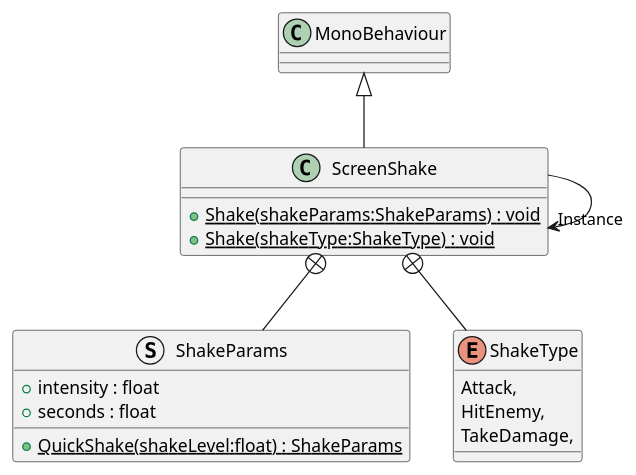
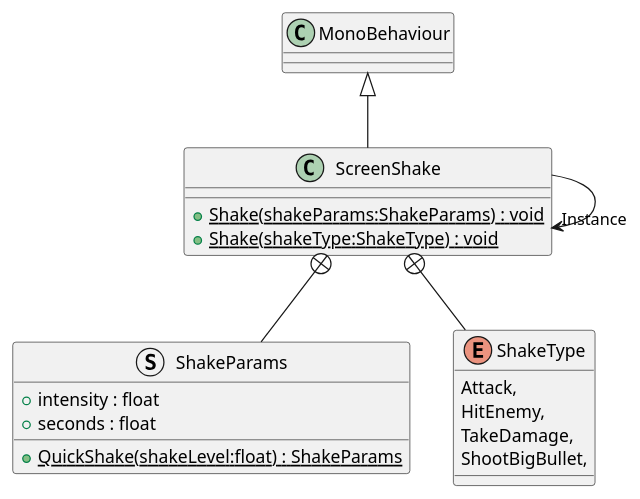
One commit to KawinM23/TakeControl changed the diagram in UML/Effect/ScreenShake.puml. Above: the diagram before and after it, drawn with PlantUML. The commit also changed 21 other files, not shown here.

Commit message:
ci: generate uml (Generate UML)

```diff
--- a/UML/Effect/ScreenShake.puml
+++ b/UML/Effect/ScreenShake.puml
@@ -1,20 +1,21 @@
 @startuml
 class ScreenShake {
     + {static} Shake(shakeParams:ShakeParams) : void
     + {static} Shake(shakeType:ShakeType) : void
 }
 struct ShakeParams {
     + intensity : float
     + seconds : float
     + {static} QuickShake(shakeLevel:float) : ShakeParams
 }
 enum ShakeType {
     Attack,
     HitEnemy,
     TakeDamage,
+    ShootBigBullet,
 }
 MonoBehaviour <|-- ScreenShake
 ScreenShake --> "Instance" ScreenShake
 ScreenShake +-- ShakeParams
 ScreenShake +-- ShakeType
 @enduml
```
